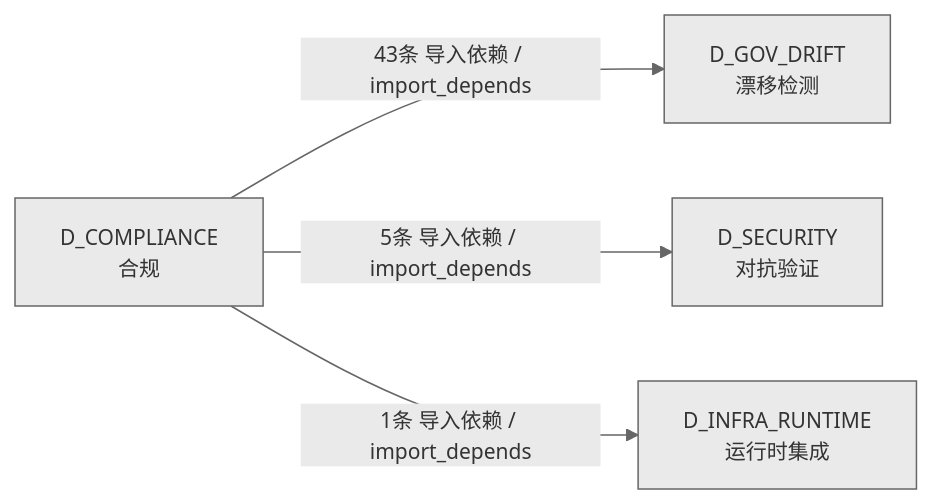
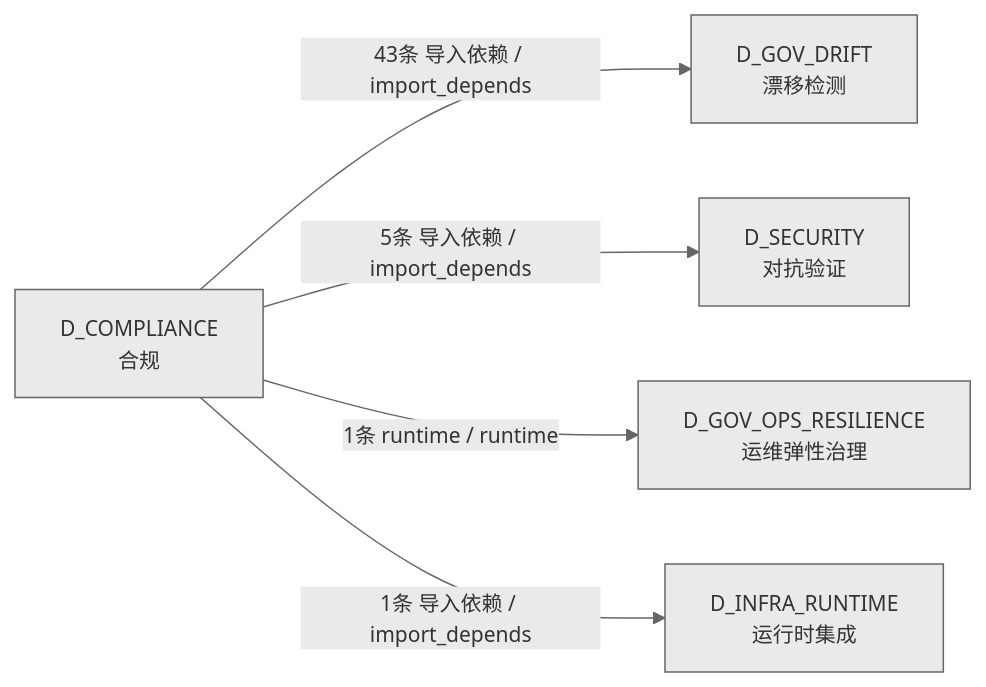
The third of 3 diagrams in docs/02_enterprise_architecture/02_domain_architecture_docs/38_d_compliance.md (xuanFelixVan/ZephyrAlpha), drawn with Mermaid before and after one commit. The commit also changed other lines of this file and 6 other files, not shown here.

````diff
--- a/docs/02_enterprise_architecture/02_domain_architecture_docs/38_d_compliance.md
+++ b/docs/02_enterprise_architecture/02_domain_architecture_docs/38_d_compliance.md
@@ -203,11 +203,13 @@
 ```mermaid
 %%{init: {'theme': 'base', 'themeVariables': {'primaryColor': '#eaeaea', 'primaryTextColor': '#333333', 'primaryBorderColor': '#666666', 'lineColor': '#666666', 'secondaryColor': '#eaeaea', 'tertiaryColor': '#eaeaea', 'fontSize': '14px'}}}%%
 graph LR
     D_COMPLIANCE["D_COMPLIANCE<br/>合规"]
     D_GOV_DRIFT["D_GOV_DRIFT<br/>漂移检测"]
     D_SECURITY["D_SECURITY<br/>对抗验证"]
+    D_GOV_OPS_RESILIENCE["D_GOV_OPS_RESILIENCE<br/>运维弹性治理"]
     D_INFRA_RUNTIME["D_INFRA_RUNTIME<br/>运行时集成"]
     D_COMPLIANCE -->|43条 导入依赖 / import_depends| D_GOV_DRIFT
     D_COMPLIANCE -->|5条 导入依赖 / import_depends| D_SECURITY
+    D_COMPLIANCE -->|1条 runtime / runtime| D_GOV_OPS_RESILIENCE
     D_COMPLIANCE -->|1条 导入依赖 / import_depends| D_INFRA_RUNTIME
 ```
````
